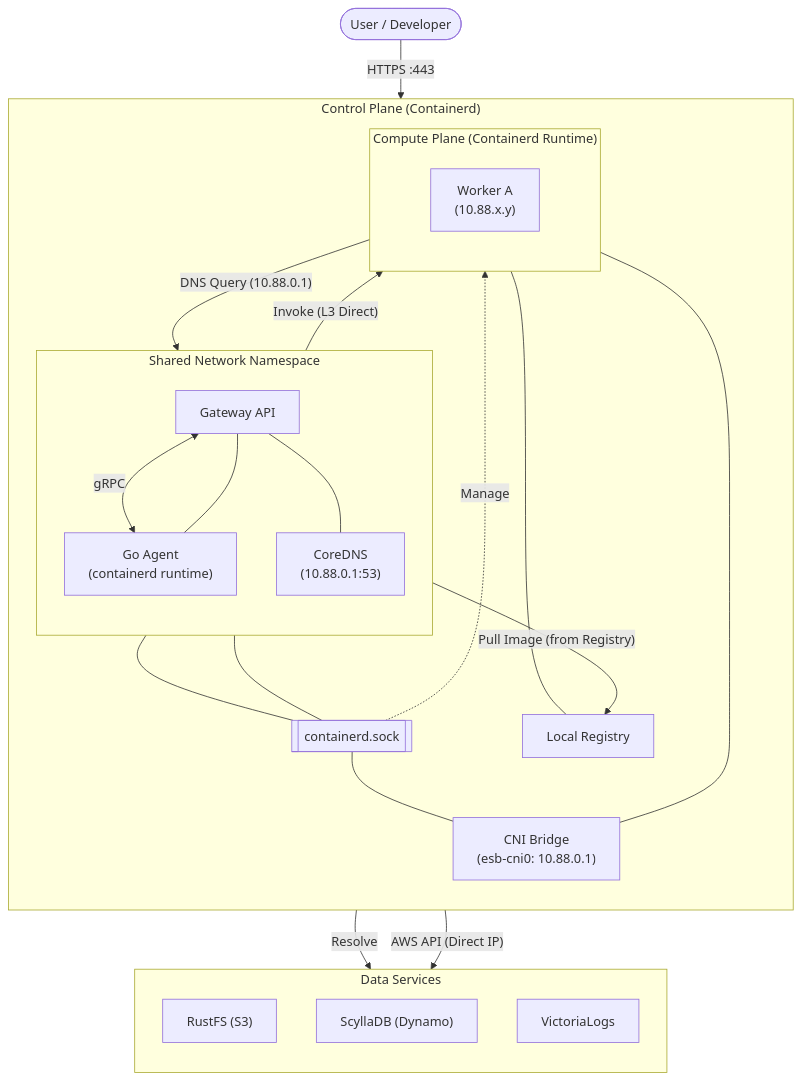
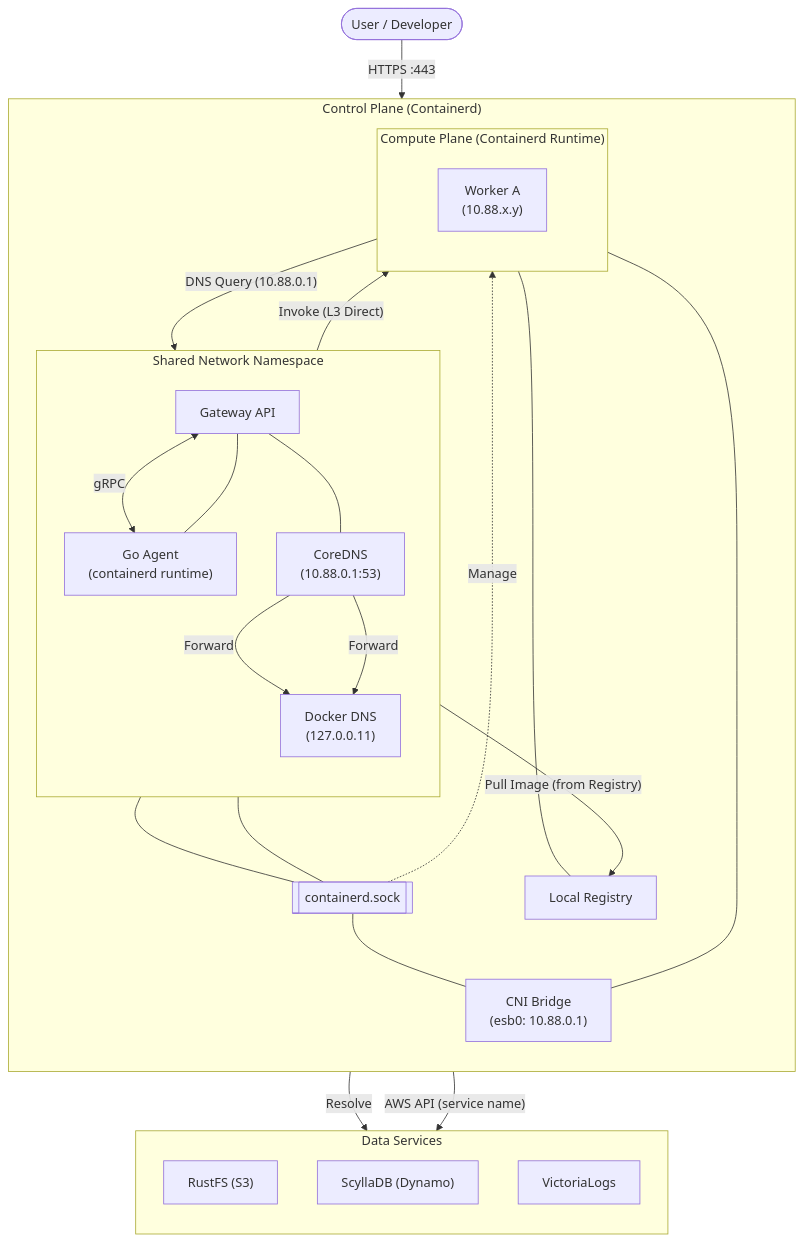
The third of 4 diagrams in docs/architecture-containerd.md (poruru-code/esb), drawn with Mermaid before and after one commit. The commit also changed other lines of this file and 26 other files, not shown here.

````diff
--- a/docs/architecture-containerd.md
+++ b/docs/architecture-containerd.md
@@ -95,55 +95,58 @@
 ```mermaid
 flowchart TD
     Client(["User / Developer"]) -->|"HTTPS :443"| Gateway
 
     subgraph CP ["Control Plane (Containerd)"]
         direction TB
         
         subgraph NetNS ["Shared Network Namespace"]
             direction TB
             Agent["Go Agent<br/>(containerd runtime)"]
             Gateway["Gateway API"]
             CoreDNS["CoreDNS<br/>(10.88.0.1:53)"]
+            DockerDNS["Docker DNS<br/>(127.0.0.11)"]
             
             %% Vertical Stack
             Agent --- Gateway
             Gateway --- CoreDNS
+            CoreDNS -->|"Forward"| DockerDNS
         end
 
         Containerd[["containerd.sock"]]
-        CNI["CNI Bridge<br/>(esb-cni0: 10.88.0.1)"]
+        CNI["CNI Bridge<br/>(esb0: 10.88.0.1)"]
 
         subgraph CMP ["Compute Plane (Containerd Runtime)"]
             direction TB
             WorkerA["Worker A<br/>(10.88.x.y)"]
         end
 
         Registry["Local Registry"]
         
         %% Vertical Stack
         NetNS --- Containerd
         Containerd --- CNI
         CNI --- CMP
         CMP --- Registry
     end
 
     subgraph DS ["Data Services"]
         direction TB
         RustFS["RustFS (S3)"]
         ScyllaDB["ScyllaDB (Dynamo)"]
         VL["VictoriaLogs"]
     end
 
     %% Interactions
     Gateway <-->|"gRPC"| Agent
     Agent --- Containerd
     Containerd -.->|"Manage"| WorkerA
     Agent -->|"Pull Image (from Registry)"| Registry
     
     %% Networking
     Gateway -->|"Invoke (L3 Direct)"| WorkerA
     WorkerA -->|"DNS Query (10.88.0.1)"| CoreDNS
-    CoreDNS -->|"Resolve"| DS
-    WorkerA -->|"AWS API (Direct IP)"| DS
+    CoreDNS -->|"Forward"| DockerDNS
+    DockerDNS -->|"Resolve"| DS
+    WorkerA -->|"AWS API (service name)"| DS
     %% CNI MASQUERADE handles the routing
 ```
````
